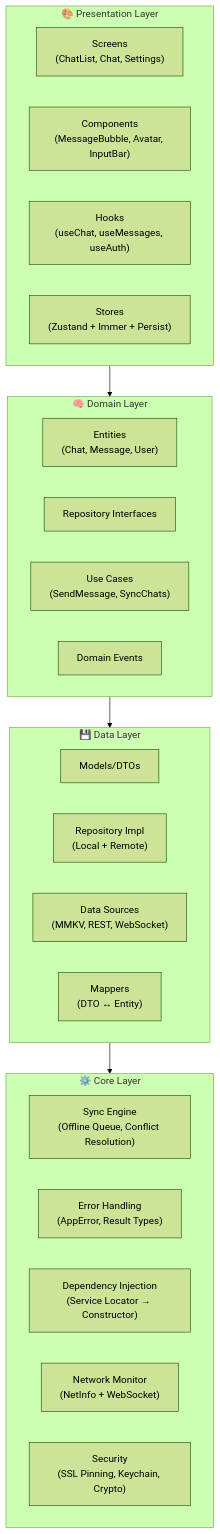
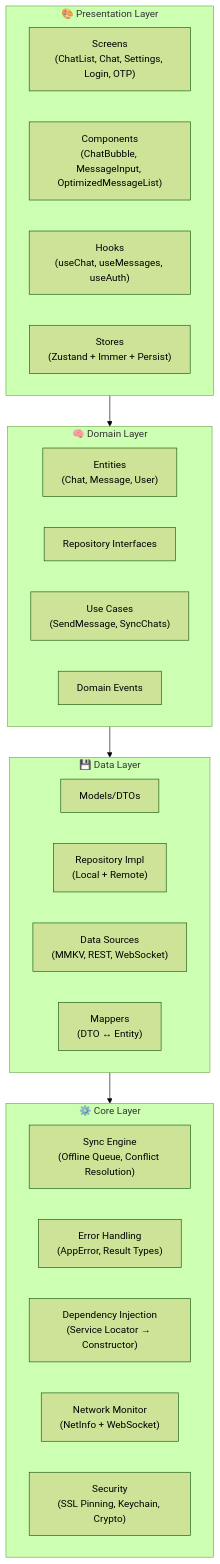
Before and after one commit to JahanzaibJameel/Messaging-Application: the diagram in README.md, drawn with Mermaid (forest theme). The commit also changed other lines of this file and 11 other files, not shown here.

````diff
--- a/README.md
+++ b/README.md
@@ -45,35 +37,35 @@
 ```mermaid
 graph TB
     subgraph Presentation["🎨 Presentation Layer"]
-        Screens["Screens<br/>(ChatList, Chat, Settings)"]
-        Components["Components<br/>(MessageBubble, Avatar, InputBar)"]
+        Screens["Screens<br/>(ChatList, Chat, Settings, Login, OTP)"]
+        Components["Components<br/>(ChatBubble, MessageInput, OptimizedMessageList)"]
         Hooks["Hooks<br/>(useChat, useMessages, useAuth)"]
         Stores["Stores<br/>(Zustand + Immer + Persist)"]
     end
 
     subgraph Domain["🧠 Domain Layer"]
         Entities["Entities<br/>(Chat, Message, User)"]
         Repositories["Repository Interfaces"]
         UseCases["Use Cases<br/>(SendMessage, SyncChats)"]
         Events["Domain Events"]
     end
 
     subgraph Data["💾 Data Layer"]
         Models["Models/DTOs"]
         Repos["Repository Impl<br/>(Local + Remote)"]
         DataSources["Data Sources<br/>(MMKV, REST, WebSocket)"]
         Mappers["Mappers<br/>(DTO ↔ Entity)"]
     end
 
     subgraph Core["⚙️ Core Layer"]
         Sync["Sync Engine<br/>(Offline Queue, Conflict Resolution)"]
         Errors["Error Handling<br/>(AppError, Result Types)"]
         DI["Dependency Injection<br/>(Service Locator → Constructor)"]
         Network["Network Monitor<br/>(NetInfo + WebSocket)"]
         Security["Security<br/>(SSL Pinning, Keychain, Crypto)"]
     end
 
     Presentation --> Domain
     Domain --> Data
     Data --> Core
 ```
````
